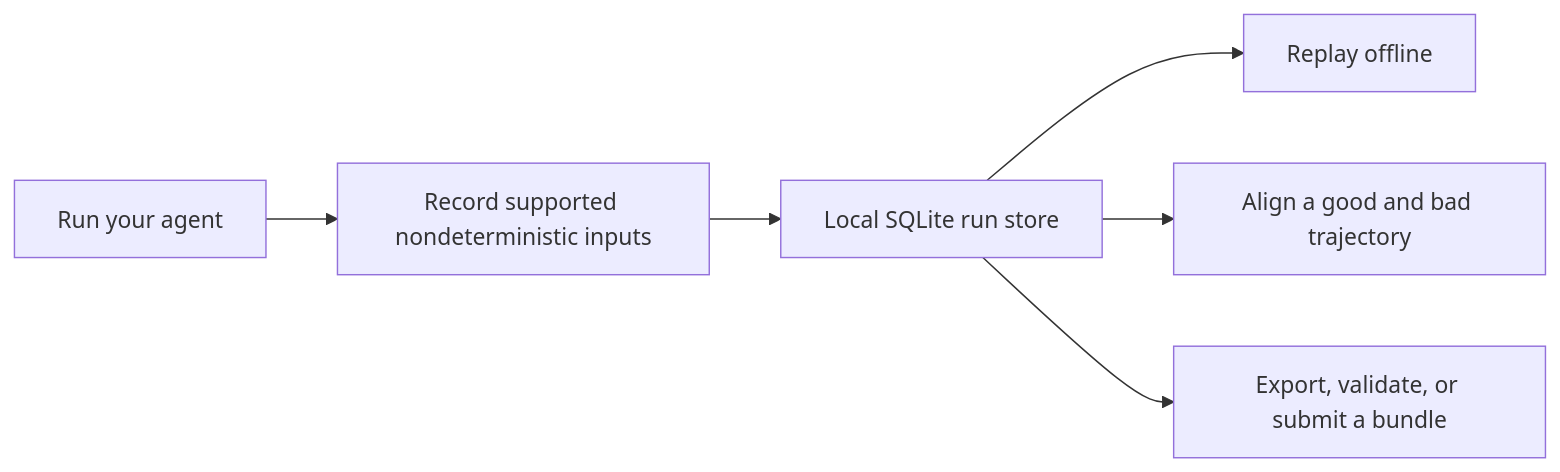
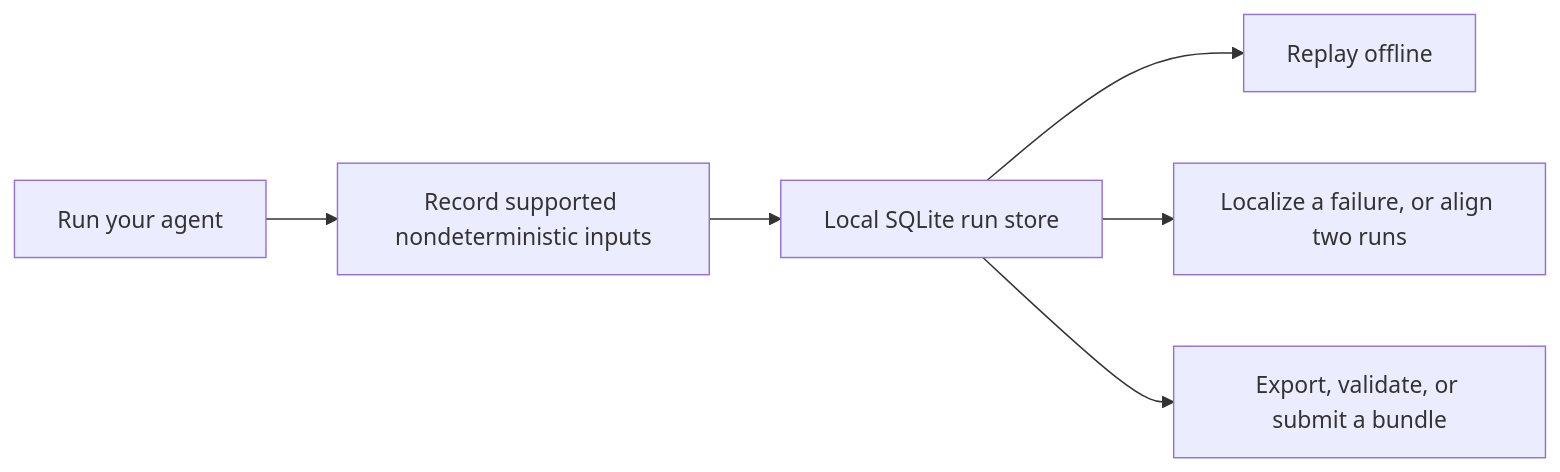
The diagram in README.md (amln19/tracewake), drawn with Mermaid before and after one commit. The commit also changed other lines of this file and 4 other files, not shown here.

````diff
--- a/README.md
+++ b/README.md
@@ -33,8 +36,8 @@
 ```mermaid
 flowchart LR
     A["Run your agent"] --> B["Record supported nondeterministic inputs"]
     B --> C["Local SQLite run store"]
     C --> D["Replay offline"]
-    C --> E["Align a good and bad trajectory"]
+    C --> E["Localize a failure, or align two runs"]
     C --> F["Export, validate, or submit a bundle"]
 ```
````
